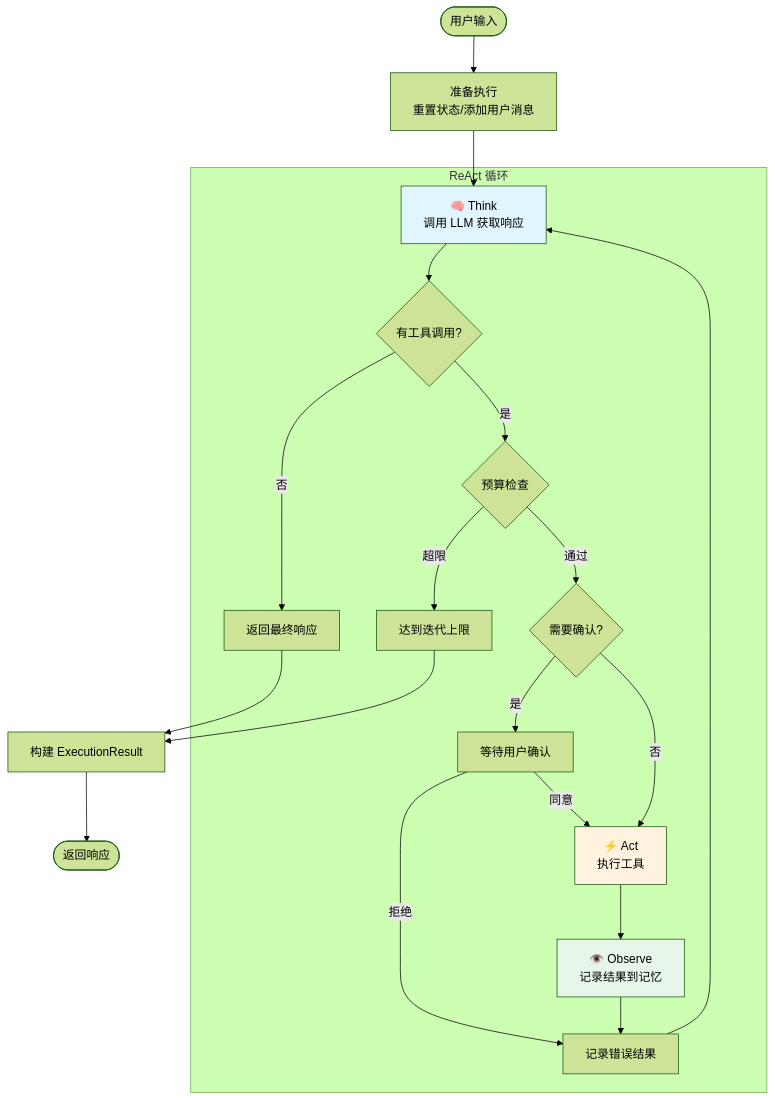
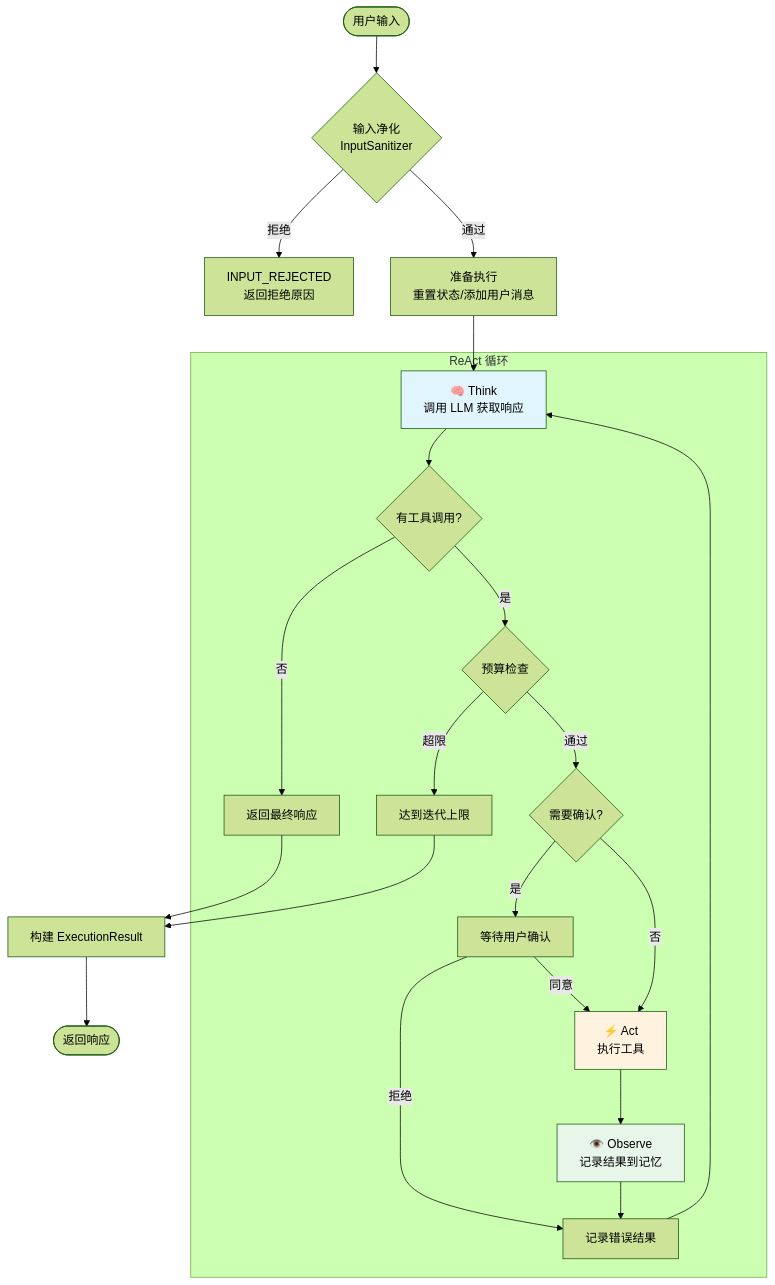
One commit to Tobytywang/NanoAgent changed the third of 4 diagrams in docs/architecture.md. Above: the diagram before and after it, drawn with Mermaid (forest theme). The commit also changed other lines of this file and 17 other files, not shown here.

````diff
--- a/docs/architecture.md
+++ b/docs/architecture.md
@@ -240,33 +242,35 @@
 ```mermaid
 flowchart TD
-    START([用户输入]) --> PREP[准备执行<br/>重置状态/添加用户消息]
+    START([用户输入]) --> SANITIZE{输入净化<br/>InputSanitizer}
+    SANITIZE -->|拒绝| REJECTED[INPUT_REJECTED<br/>返回拒绝原因]
+    SANITIZE -->|通过| PREP[准备执行<br/>重置状态/添加用户消息]
     PREP --> THINK
 
     subgraph Loop["ReAct 循环"]
         THINK["🧠 Think<br/>调用 LLM 获取响应"]
         THINK --> CHECK{有工具调用?}
         CHECK -->|否| FINAL[返回最终响应]
         CHECK -->|是| BUDGET{预算检查}
 
         BUDGET -->|超限| MAX[达到迭代上限]
         BUDGET -->|通过| CONFIRM{需要确认?}
 
         CONFIRM -->|是| USER_CONFIRM[等待用户确认]
         USER_CONFIRM -->|拒绝| OBSERVE_ERROR[记录错误结果]
         USER_CONFIRM -->|同意| ACT
         CONFIRM -->|否| ACT
 
         ACT["⚡ Act<br/>执行工具"]
         ACT --> OBSERVE["👁️ Observe<br/>记录结果到记忆"]
         OBSERVE --> OBSERVE_ERROR
         OBSERVE_ERROR --> THINK
     end
 
     FINAL --> BUILD[构建 ExecutionResult]
     MAX --> BUILD
     BUILD --> END([返回响应])
 
     style THINK fill:#e1f5fe
     style ACT fill:#fff3e0
     style OBSERVE fill:#e8f5e9
 ```
````
